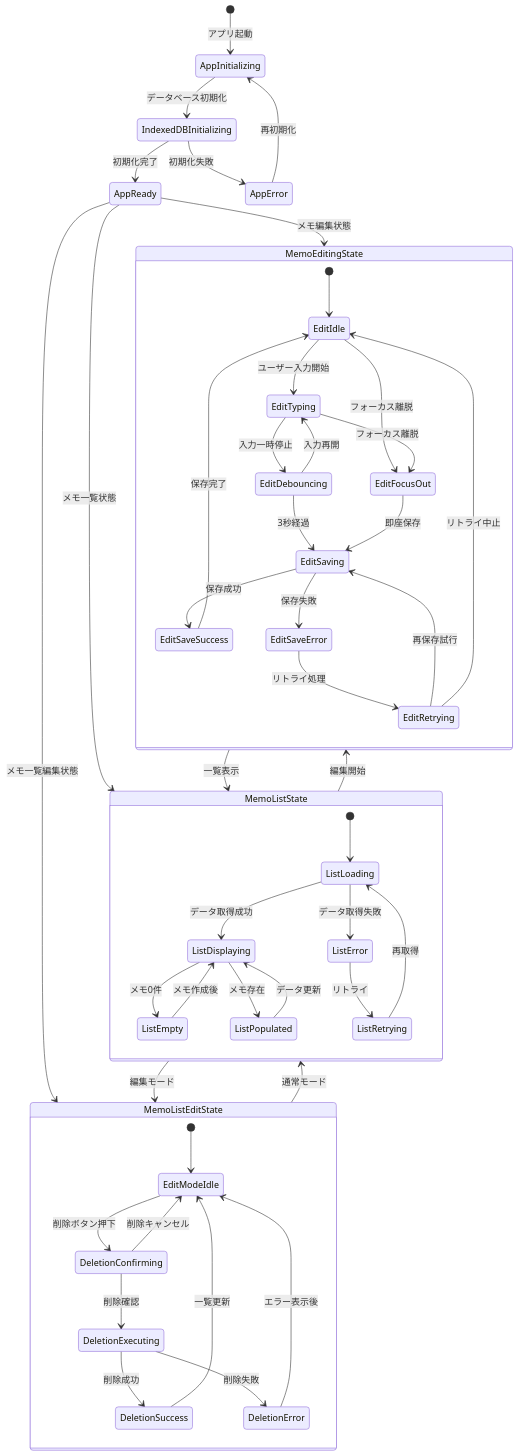
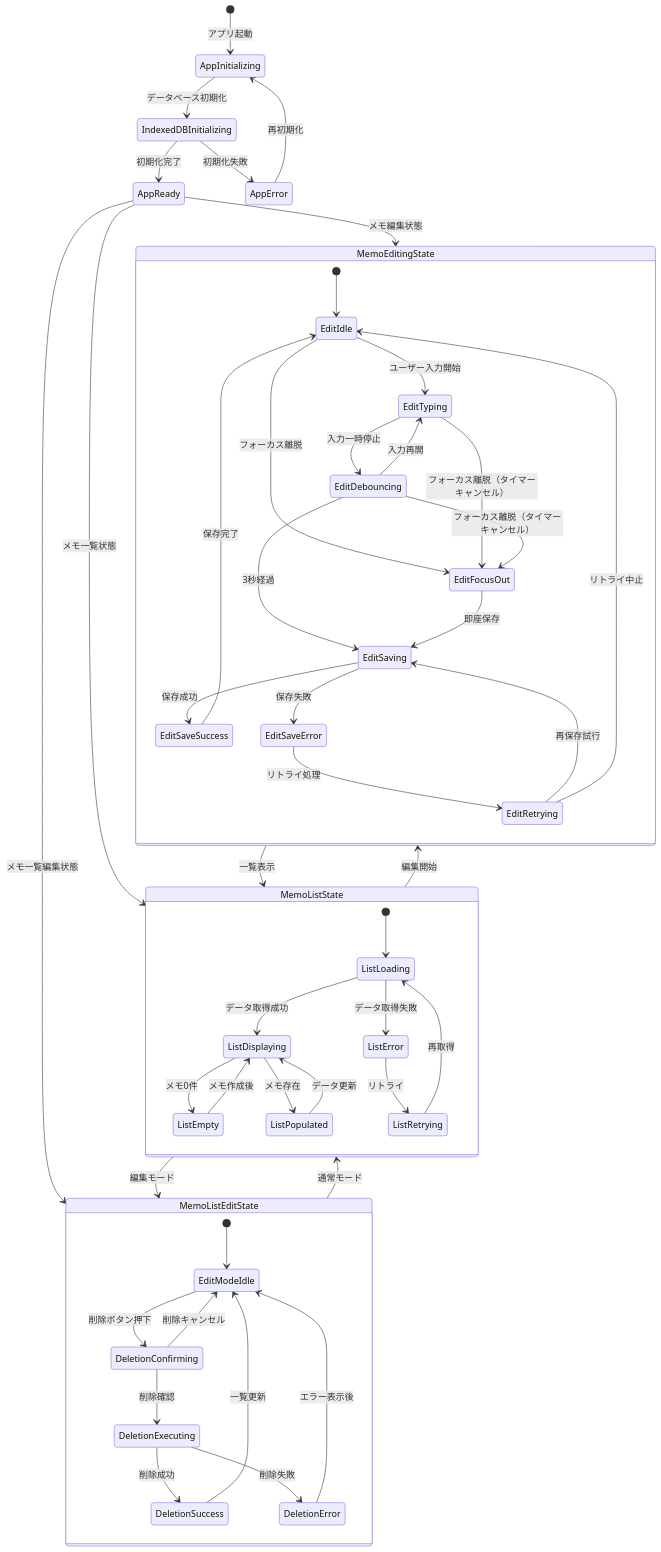
One commit to KajiyaManzou/ai-MyNotes changed the first of 5 diagrams in stateTransition.md. Above: the diagram before and after it, drawn with Mermaid. The commit also changed other lines of this file and 3 other files, not shown here.

````diff
--- a/stateTransition.md
+++ b/stateTransition.md
@@ -5,60 +5,61 @@
 ```mermaid
 stateDiagram-v2
     [*] --> AppInitializing : アプリ起動
     
     AppInitializing --> IndexedDBInitializing : データベース初期化
     IndexedDBInitializing --> AppReady : 初期化完了
     IndexedDBInitializing --> AppError : 初期化失敗
     
     AppReady --> MemoEditingState : メモ編集状態
     AppReady --> MemoListState : メモ一覧状態
     AppReady --> MemoListEditState : メモ一覧編集状態
     
     MemoEditingState --> MemoListState : 一覧表示
     MemoListState --> MemoEditingState : 編集開始
     MemoListState --> MemoListEditState : 編集モード
     MemoListEditState --> MemoListState : 通常モード
     
     AppError --> AppInitializing : 再初期化
     
     state MemoEditingState {
         [*] --> EditIdle
         EditIdle --> EditTyping : ユーザー入力開始
         EditTyping --> EditDebouncing : 入力一時停止
         EditDebouncing --> EditSaving : 3秒経過
         EditDebouncing --> EditTyping : 入力再開
         EditSaving --> EditSaveSuccess : 保存成功
         EditSaving --> EditSaveError : 保存失敗
         EditSaveSuccess --> EditIdle : 保存完了
         EditSaveError --> EditRetrying : リトライ処理
         EditRetrying --> EditSaving : 再保存試行
         EditRetrying --> EditIdle : リトライ中止
         
         EditIdle --> EditFocusOut : フォーカス離脱
         EditFocusOut --> EditSaving : 即座保存
-        EditTyping --> EditFocusOut : フォーカス離脱
+        EditTyping --> EditFocusOut : フォーカス離脱（タイマーキャンセル）
+        EditDebouncing --> EditFocusOut : フォーカス離脱（タイマーキャンセル）
     }
     
     state MemoListState {
         [*] --> ListLoading
         ListLoading --> ListDisplaying : データ取得成功
         ListLoading --> ListError : データ取得失敗
         ListDisplaying --> ListEmpty : メモ0件
         ListDisplaying --> ListPopulated : メモ存在
         ListError --> ListRetrying : リトライ
         ListRetrying --> ListLoading : 再取得
         ListEmpty --> ListDisplaying : メモ作成後
         ListPopulated --> ListDisplaying : データ更新
     }
     
     state MemoListEditState {
         [*] --> EditModeIdle
         EditModeIdle --> DeletionConfirming : 削除ボタン押下
         DeletionConfirming --> DeletionExecuting : 削除確認
         DeletionConfirming --> EditModeIdle : 削除キャンセル
         DeletionExecuting --> DeletionSuccess : 削除成功
         DeletionExecuting --> DeletionError : 削除失敗
         DeletionSuccess --> EditModeIdle : 一覧更新
         DeletionError --> EditModeIdle : エラー表示後
     }
 ```
````
